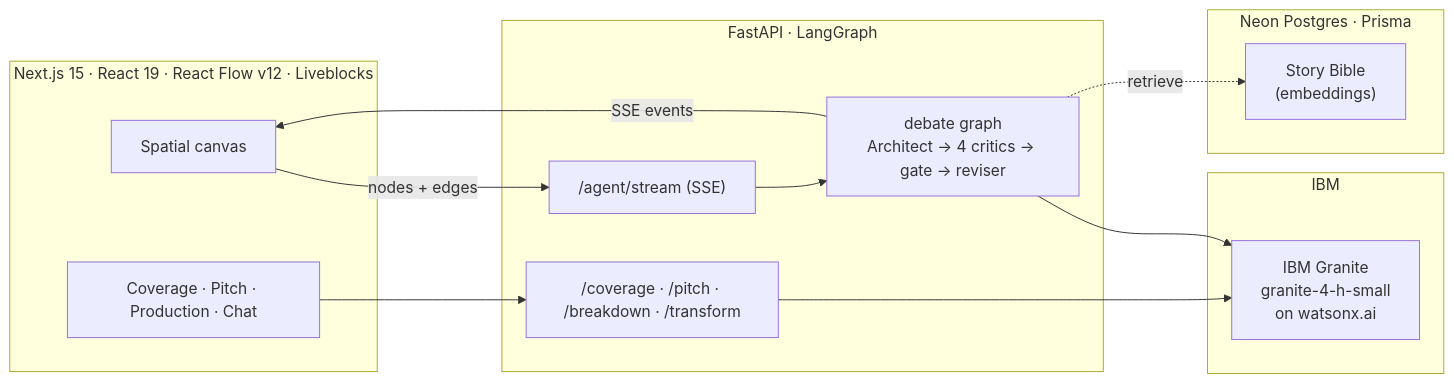
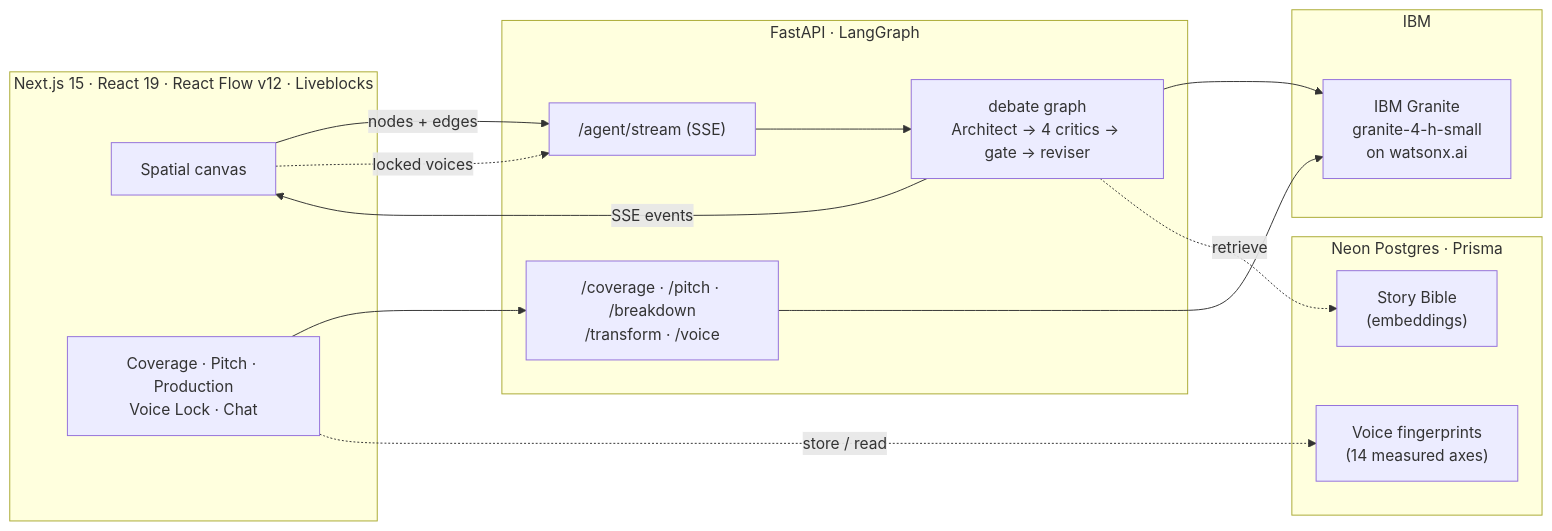
One commit to ArpitKumar8649/IBM-Bob changed the second of 2 diagrams in README.md. Above: the diagram before and after it, drawn with Mermaid. The commit also changed other lines of this file and 12 other files, not shown here.

First line of the commit message:
Voice lock, end to end: enforce it in the debate and ship the panel

````diff
--- a/README.md
+++ b/README.md
@@ -109,25 +127,28 @@
 ```mermaid
 flowchart LR
     subgraph FE["Next.js 15 · React 19 · React Flow v12 · Liveblocks"]
         Canvas["Spatial canvas"]
-        Panels["Coverage · Pitch · Production · Chat"]
+        Panels["Coverage · Pitch · Production<br/>Voice Lock · Chat"]
     end
     subgraph BE["FastAPI · LangGraph"]
         Stream["/agent/stream (SSE)"]
         Graph["debate graph<br/>Architect → 4 critics → gate → reviser"]
-        Cov["/coverage · /pitch · /breakdown · /transform"]
+        Cov["/coverage · /pitch · /breakdown<br/>/transform · /voice"]
     end
     subgraph AI["IBM"]
         G["IBM Granite<br/>granite-4-h-small<br/>on watsonx.ai"]
     end
     subgraph DB["Neon Postgres · Prisma"]
         SB["Story Bible<br/>(embeddings)"]
+        VF["Voice fingerprints<br/>(14 measured axes)"]
     end
     Canvas -->|nodes + edges| Stream
     Panels --> Cov
     Stream --> Graph
     Cov --> G
     Graph --> G
     Graph -.retrieve.-> SB
+    Canvas -.locked voices.-> Stream
+    Panels -.store / read.-> VF
     Graph -->|SSE events| Canvas
 ```
````
